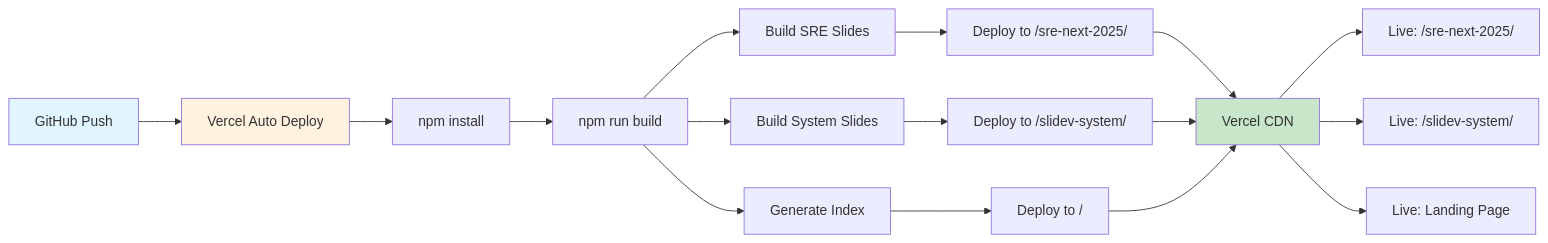
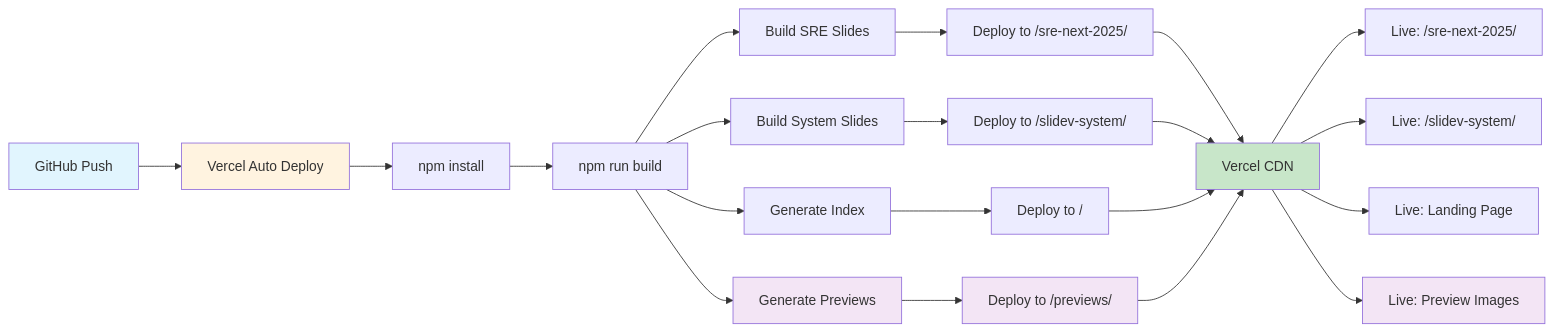
Before and after one commit to wwlapaki310/Slidevs-on-Vercel: the diagram in README.md, drawn with Mermaid. The commit also changed other lines of this file, not shown here.

First line of the commit message:
📚 Update README.md with preview image generation feature

````diff
--- a/README.md
+++ b/README.md
@@ -41,26 +52,33 @@
 ```mermaid
 graph LR
     A[GitHub Push] --> B[Vercel Auto Deploy]
     B --> C[npm install]
     C --> D[npm run build]
     
     D --> E1[Build SRE Slides]
     D --> E2[Build System Slides]
     D --> E3[Generate Index]
+    D --> E4[Generate Previews]
     
     E1 --> F1[Deploy to /sre-next-2025/]
     E2 --> F2[Deploy to /slidev-system/]
     E3 --> F3[Deploy to /]
+    E4 --> F4[Deploy to /previews/]
     
     F1 --> G[Vercel CDN]
     F2 --> G
     F3 --> G
+    F4 --> G
     
     G --> H1[Live: /sre-next-2025/]
     G --> H2[Live: /slidev-system/]
     G --> H3[Live: Landing Page]
+    G --> H4[Live: Preview Images]
     
     style A fill:#e1f5fe
     style B fill:#fff3e0
     style G fill:#c8e6c9
+    style E4 fill:#f3e5f5
+    style F4 fill:#f3e5f5
+    style H4 fill:#f3e5f5
 ```
````
